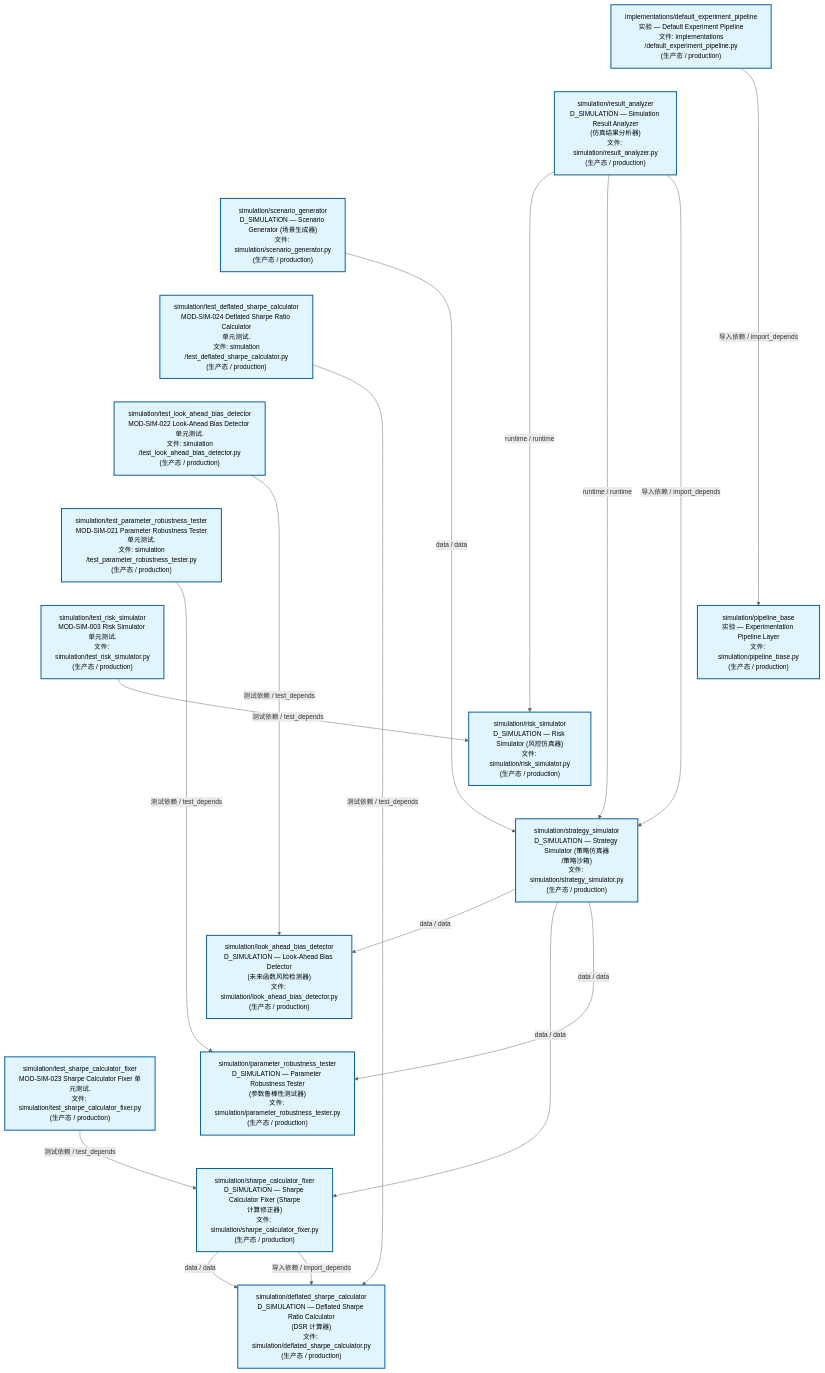
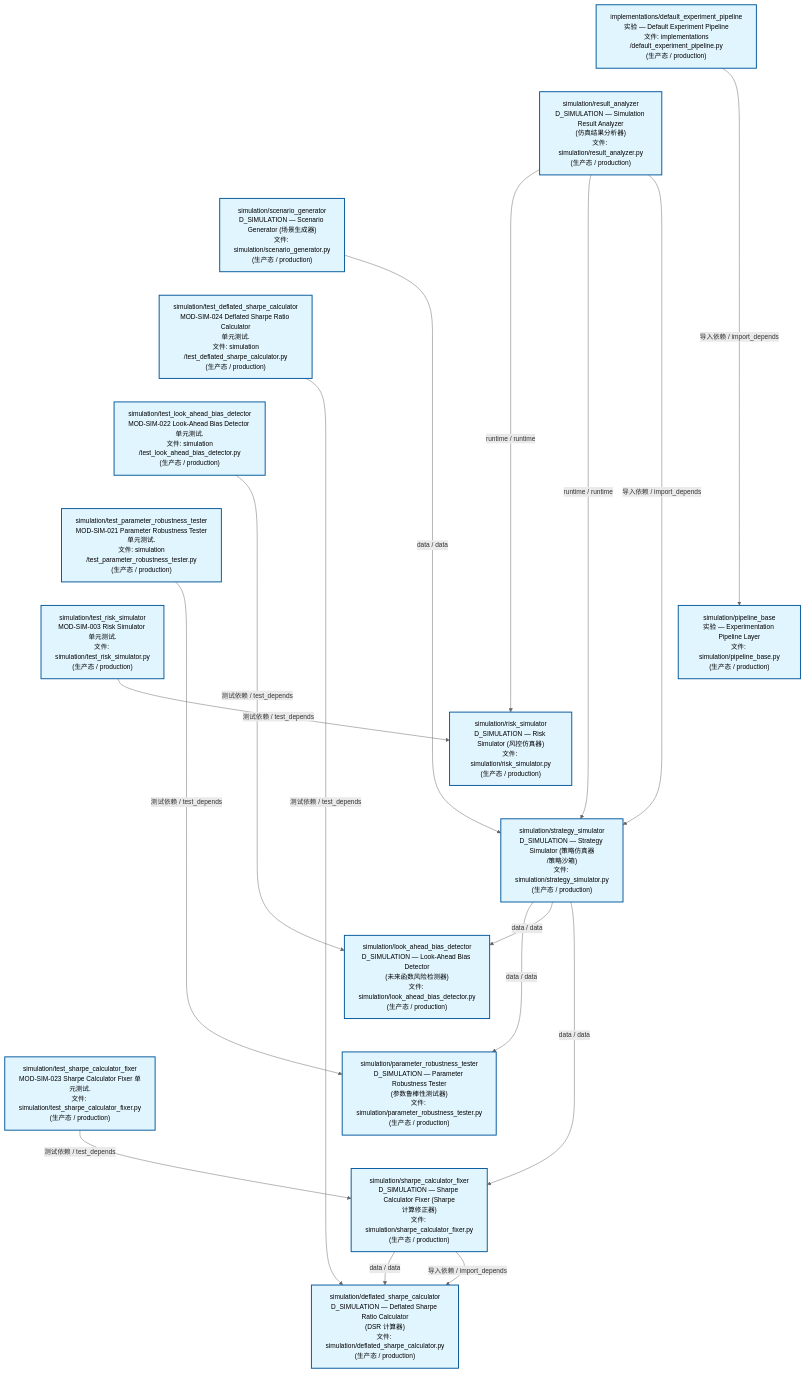
The second of 3 diagrams in docs/02_enterprise_architecture/02_domain_architecture_docs/70_d_simulation.md (xuanFelixVan/ZephyrAlpha), drawn with Mermaid before and after one commit. The commit also changed other lines of this file and 45 other files, not shown here.

````diff
--- a/docs/02_enterprise_architecture/02_domain_architecture_docs/70_d_simulation.md
+++ b/docs/02_enterprise_architecture/02_domain_architecture_docs/70_d_simulation.md
@@ -120,50 +123,50 @@
 ```mermaid
 %%{init: {'theme': 'base', 'themeVariables': {'primaryColor': '#eaeaea', 'primaryTextColor': '#333333', 'primaryBorderColor': '#666666', 'lineColor': '#666666', 'secondaryColor': '#eaeaea', 'tertiaryColor': '#eaeaea', 'fontSize': '14px'}}}%%
 flowchart TD
     src_zephyr_simulation_implementations_default_experiment_pipeline_py["implementations/default_experiment_pipeline<br/>实验 — Default Experiment Pipeline<br/>文件: implementations<br/>/default_experiment_pipeline.py<br/>(生产态 / production)"]
     src_zephyr_simulation_result_analyzer_py["simulation/result_analyzer<br/>D_SIMULATION — Simulation Result Analyzer<br/>(仿真结果分析器)<br/>文件: simulation/result_analyzer.py<br/>(生产态 / production)"]
     src_zephyr_simulation_scenario_generator_py["simulation/scenario_generator<br/>D_SIMULATION — Scenario Generator (场景生成器)<br/>文件: simulation/scenario_generator.py<br/>(生产态 / production)"]
     tests_simulation_test_deflated_sharpe_calculator_py["simulation/test_deflated_sharpe_calculator<br/>MOD-SIM-024 Deflated Sharpe Ratio Calculator<br/>单元测试.<br/>文件: simulation<br/>/test_deflated_sharpe_calculator.py<br/>(生产态 / production)"]
     tests_simulation_test_look_ahead_bias_detector_py["simulation/test_look_ahead_bias_detector<br/>MOD-SIM-022 Look-Ahead Bias Detector 单元测试.<br/>文件: simulation<br/>/test_look_ahead_bias_detector.py<br/>(生产态 / production)"]
     tests_simulation_test_parameter_robustness_tester_py["simulation/test_parameter_robustness_tester<br/>MOD-SIM-021 Parameter Robustness Tester<br/>单元测试.<br/>文件: simulation<br/>/test_parameter_robustness_tester.py<br/>(生产态 / production)"]
     tests_simulation_test_risk_simulator_py["simulation/test_risk_simulator<br/>MOD-SIM-003 Risk Simulator 单元测试.<br/>文件: simulation/test_risk_simulator.py<br/>(生产态 / production)"]
     tests_simulation_test_sharpe_calculator_fixer_py["simulation/test_sharpe_calculator_fixer<br/>MOD-SIM-023 Sharpe Calculator Fixer 单元测试.<br/>文件: simulation/test_sharpe_calculator_fixer.py<br/>(生产态 / production)"]
     src_zephyr_simulation_implementations_default_experiment_pipeline_py ~~~ src_zephyr_simulation_result_analyzer_py
     src_zephyr_simulation_result_analyzer_py ~~~ src_zephyr_simulation_scenario_generator_py
     src_zephyr_simulation_scenario_generator_py ~~~ tests_simulation_test_deflated_sharpe_calculator_py
     tests_simulation_test_deflated_sharpe_calculator_py ~~~ tests_simulation_test_look_ahead_bias_detector_py
     tests_simulation_test_look_ahead_bias_detector_py ~~~ tests_simulation_test_parameter_robustness_tester_py
     tests_simulation_test_parameter_robustness_tester_py ~~~ tests_simulation_test_risk_simulator_py
     tests_simulation_test_risk_simulator_py ~~~ tests_simulation_test_sharpe_calculator_fixer_py
     src_zephyr_simulation_pipeline_base_py["simulation/pipeline_base<br/>实验 — Experimentation Pipeline Layer<br/>文件: simulation/pipeline_base.py<br/>(生产态 / production)"]
     src_zephyr_simulation_risk_simulator_py["simulation/risk_simulator<br/>D_SIMULATION — Risk Simulator (风控仿真器)<br/>文件: simulation/risk_simulator.py<br/>(生产态 / production)"]
     src_zephyr_simulation_strategy_simulator_py["simulation/strategy_simulator<br/>D_SIMULATION — Strategy Simulator (策略仿真器<br/>/策略沙箱)<br/>文件: simulation/strategy_simulator.py<br/>(生产态 / production)"]
     src_zephyr_simulation_pipeline_base_py ~~~ src_zephyr_simulation_risk_simulator_py
     src_zephyr_simulation_risk_simulator_py ~~~ src_zephyr_simulation_strategy_simulator_py
     src_zephyr_simulation_look_ahead_bias_detector_py["simulation/look_ahead_bias_detector<br/>D_SIMULATION — Look-Ahead Bias Detector<br/>(未来函数风险检测器)<br/>文件: simulation/look_ahead_bias_detector.py<br/>(生产态 / production)"]
     src_zephyr_simulation_parameter_robustness_tester_py["simulation/parameter_robustness_tester<br/>D_SIMULATION — Parameter Robustness Tester<br/>(参数鲁棒性测试器)<br/>文件: simulation/parameter_robustness_tester.py<br/>(生产态 / production)"]
     src_zephyr_simulation_sharpe_calculator_fixer_py["simulation/sharpe_calculator_fixer<br/>D_SIMULATION — Sharpe Calculator Fixer (Sharpe<br/>计算修正器)<br/>文件: simulation/sharpe_calculator_fixer.py<br/>(生产态 / production)"]
     src_zephyr_simulation_look_ahead_bias_detector_py ~~~ src_zephyr_simulation_parameter_robustness_tester_py
     src_zephyr_simulation_parameter_robustness_tester_py ~~~ src_zephyr_simulation_sharpe_calculator_fixer_py
     src_zephyr_simulation_deflated_sharpe_calculator_py["simulation/deflated_sharpe_calculator<br/>D_SIMULATION — Deflated Sharpe Ratio Calculator<br/>(DSR 计算器)<br/>文件: simulation/deflated_sharpe_calculator.py<br/>(生产态 / production)"]
+    src_zephyr_simulation_scenario_generator_py -->|data / data| src_zephyr_simulation_strategy_simulator_py
     src_zephyr_simulation_result_analyzer_py -->|runtime / runtime| src_zephyr_simulation_risk_simulator_py
     src_zephyr_simulation_result_analyzer_py -->|runtime / runtime| src_zephyr_simulation_strategy_simulator_py
     src_zephyr_simulation_result_analyzer_py -->|导入依赖 / import_depends| src_zephyr_simulation_strategy_simulator_py
+    src_zephyr_simulation_strategy_simulator_py -->|data / data| src_zephyr_simulation_parameter_robustness_tester_py
+    src_zephyr_simulation_strategy_simulator_py -->|data / data| src_zephyr_simulation_look_ahead_bias_detector_py
+    src_zephyr_simulation_strategy_simulator_py -->|data / data| src_zephyr_simulation_sharpe_calculator_fixer_py
     src_zephyr_simulation_sharpe_calculator_fixer_py -->|data / data| src_zephyr_simulation_deflated_sharpe_calculator_py
     src_zephyr_simulation_sharpe_calculator_fixer_py -->|导入依赖 / import_depends| src_zephyr_simulation_deflated_sharpe_calculator_py
-    src_zephyr_simulation_strategy_simulator_py -->|data / data| src_zephyr_simulation_look_ahead_bias_detector_py
-    src_zephyr_simulation_strategy_simulator_py -->|data / data| src_zephyr_simulation_sharpe_calculator_fixer_py
-    src_zephyr_simulation_strategy_simulator_py -->|data / data| src_zephyr_simulation_parameter_robustness_tester_py
-    src_zephyr_simulation_scenario_generator_py -->|data / data| src_zephyr_simulation_strategy_simulator_py
     src_zephyr_simulation_implementations_default_experiment_pipeline_py -->|导入依赖 / import_depends| src_zephyr_simulation_pipeline_base_py
-    tests_simulation_test_parameter_robustness_tester_py -->|测试依赖 / test_depends| src_zephyr_simulation_parameter_robustness_tester_py
     tests_simulation_test_deflated_sharpe_calculator_py -->|测试依赖 / test_depends| src_zephyr_simulation_deflated_sharpe_calculator_py
     tests_simulation_test_look_ahead_bias_detector_py -->|测试依赖 / test_depends| src_zephyr_simulation_look_ahead_bias_detector_py
+    tests_simulation_test_risk_simulator_py -->|测试依赖 / test_depends| src_zephyr_simulation_risk_simulator_py
     tests_simulation_test_sharpe_calculator_fixer_py -->|测试依赖 / test_depends| src_zephyr_simulation_sharpe_calculator_fixer_py
-    tests_simulation_test_risk_simulator_py -->|测试依赖 / test_depends| src_zephyr_simulation_risk_simulator_py
+    tests_simulation_test_parameter_robustness_tester_py -->|测试依赖 / test_depends| src_zephyr_simulation_parameter_robustness_tester_py
     classDef production fill:#e1f5fe,stroke:#01579b,stroke-width:2px,color:#000
     classDef design fill:#fff3e0,stroke:#e65100,stroke-width:2px,color:#000,stroke-dasharray: 5 5
     classDef external_prod fill:#e8f4fd,stroke:#0277bd,stroke-width:1px,color:#000
     classDef external_design fill:#fff8e7,stroke:#ef6c00,stroke-width:1px,color:#000,stroke-dasharray: 5 5
     class src_zephyr_simulation_deflated_sharpe_calculator_py,src_zephyr_simulation_implementations_default_experiment_pipeline_py,src_zephyr_simulation_look_ahead_bias_detector_py,src_zephyr_simulation_parameter_robustness_tester_py,src_zephyr_simulation_pipeline_base_py,src_zephyr_simulation_result_analyzer_py,src_zephyr_simulation_risk_simulator_py,src_zephyr_simulation_scenario_generator_py,src_zephyr_simulation_sharpe_calculator_fixer_py,src_zephyr_simulation_strategy_simulator_py,tests_simulation_test_deflated_sharpe_calculator_py,tests_simulation_test_look_ahead_bias_detector_py,tests_simulation_test_parameter_robustness_tester_py,tests_simulation_test_risk_simulator_py,tests_simulation_test_sharpe_calculator_fixer_py production
 ```
````
